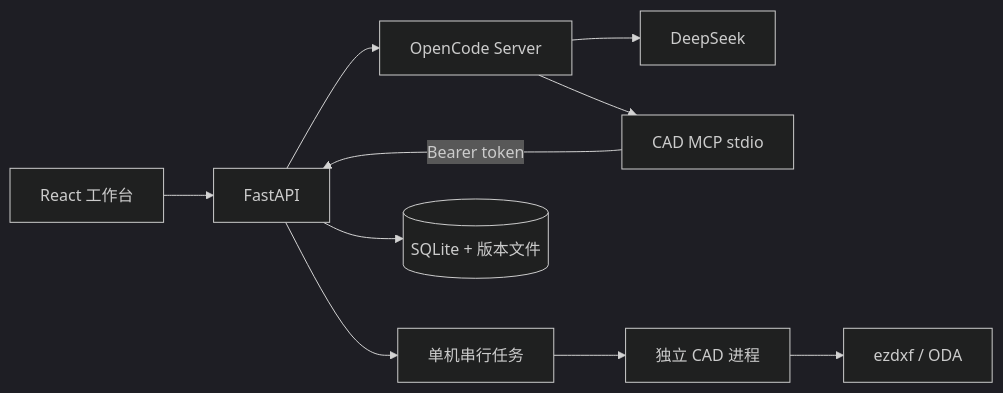
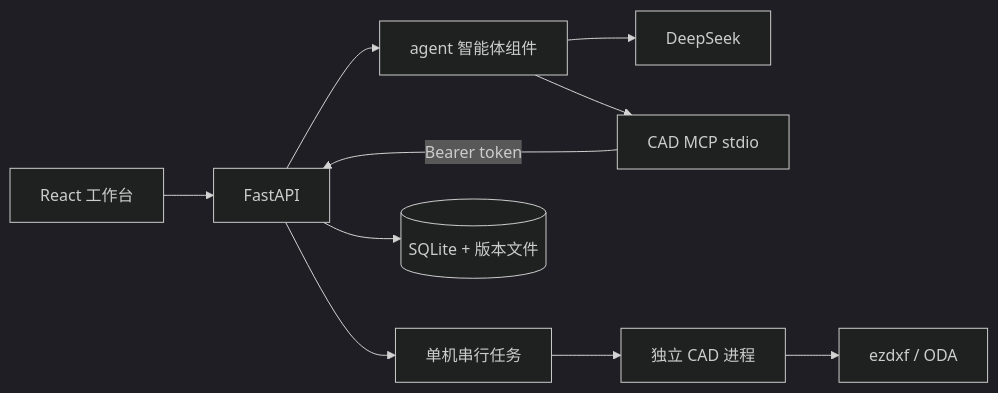
Before and after one commit to Magnificent2003/cad-agent: the diagram in docs/architecture.md, drawn with Mermaid (dark theme). The commit also changed other lines of this file and 6670 other files, not shown here.

````diff
--- a/docs/architecture.md
+++ b/docs/architecture.md
@@ -3,12 +3,12 @@
 ```mermaid
 flowchart LR
   UI[React 工作台] --> API[FastAPI]
-  API --> OC[OpenCode Server]
+  API --> OC[agent 智能体组件]
   OC --> DS[DeepSeek]
   OC --> MCP[CAD MCP stdio]
   MCP -->|Bearer token| API
   API --> Q[单机串行任务]
   Q --> W[独立 CAD 进程]
   W --> CAD[ezdxf / ODA]
   API --> DB[(SQLite + 版本文件)]
 ```
````
